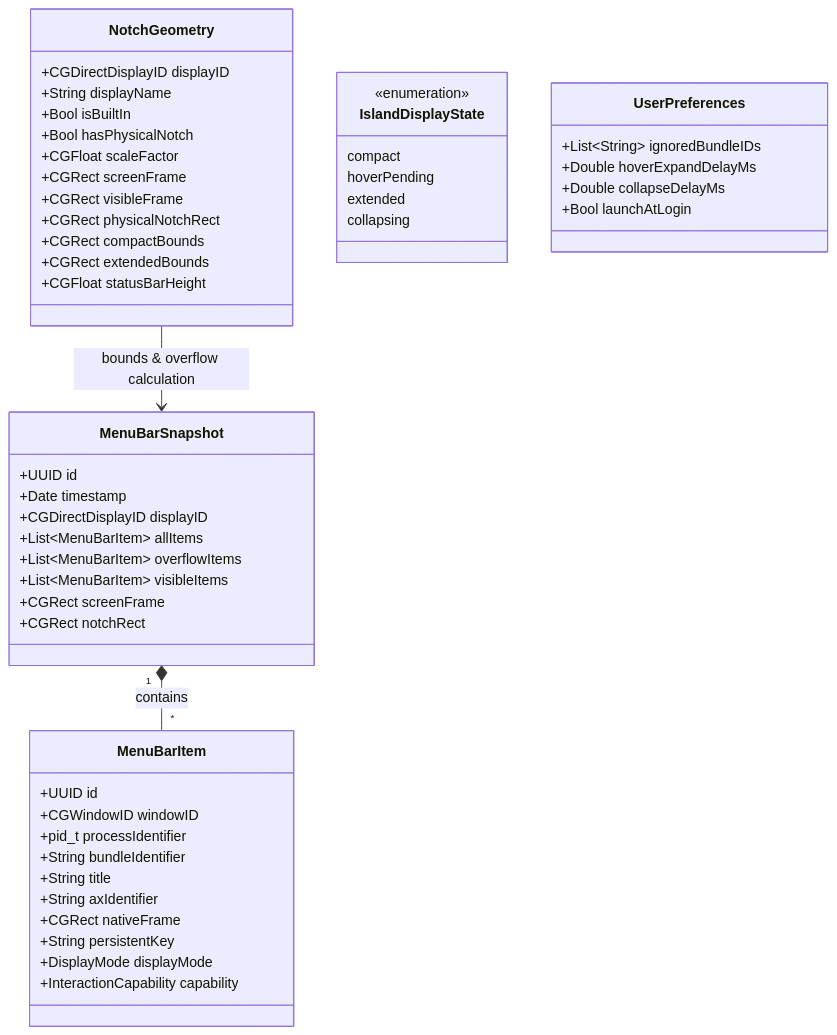
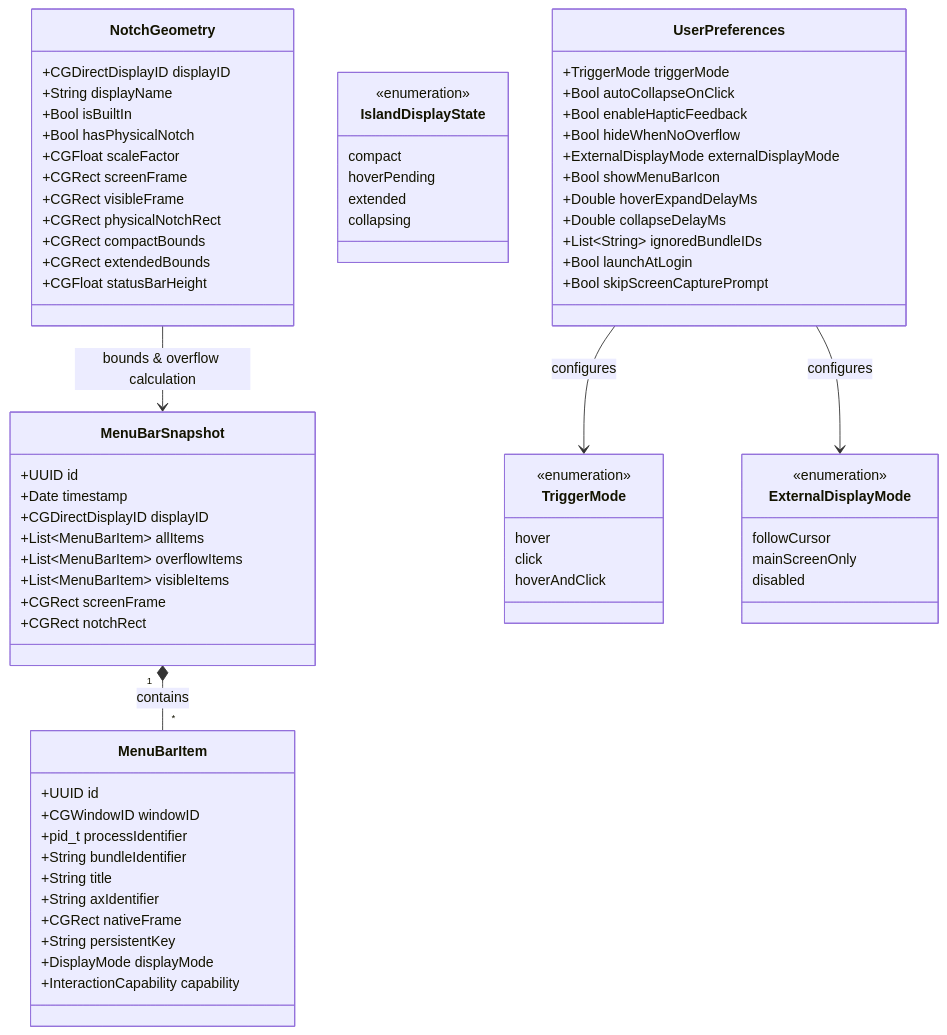
One commit to AeroSheepZ/NotchRail changed the first of 2 diagrams in docs/DOMAIN_MODEL.md. Above: the diagram before and after it, drawn with Mermaid. The commit also changed other lines of this file and 23 other files, not shown here.

````diff
--- a/docs/DOMAIN_MODEL.md
+++ b/docs/DOMAIN_MODEL.md
@@ -9,58 +9,81 @@
 ```mermaid
 classDiagram
     class MenuBarItem {
         +UUID id
         +CGWindowID windowID
         +pid_t processIdentifier
         +String bundleIdentifier
         +String title
         +String axIdentifier
         +CGRect nativeFrame
         +String persistentKey
         +DisplayMode displayMode
         +InteractionCapability capability
     }
 
     class MenuBarSnapshot {
         +UUID id
         +Date timestamp
         +CGDirectDisplayID displayID
         +List~MenuBarItem~ allItems
         +List~MenuBarItem~ overflowItems
         +List~MenuBarItem~ visibleItems
         +CGRect screenFrame
         +CGRect notchRect
     }
 
     class NotchGeometry {
         +CGDirectDisplayID displayID
         +String displayName
         +Bool isBuiltIn
         +Bool hasPhysicalNotch
         +CGFloat scaleFactor
         +CGRect screenFrame
         +CGRect visibleFrame
         +CGRect physicalNotchRect
         +CGRect compactBounds
         +CGRect extendedBounds
         +CGFloat statusBarHeight
     }
 
     class IslandDisplayState {
         <<enumeration>>
         compact
         hoverPending
         extended
         collapsing
     }
 
+    class TriggerMode {
+        <<enumeration>>
+        hover
+        click
+        hoverAndClick
+    }
+
+    class ExternalDisplayMode {
+        <<enumeration>>
+        followCursor
+        mainScreenOnly
+        disabled
+    }
+
     class UserPreferences {
-        +List~String~ ignoredBundleIDs
+        +TriggerMode triggerMode
+        +Bool autoCollapseOnClick
+        +Bool enableHapticFeedback
+        +Bool hideWhenNoOverflow
+        +ExternalDisplayMode externalDisplayMode
+        +Bool showMenuBarIcon
         +Double hoverExpandDelayMs
         +Double collapseDelayMs
+        +List~String~ ignoredBundleIDs
         +Bool launchAtLogin
+        +Bool skipScreenCapturePrompt
     }
 
     MenuBarSnapshot "1" *-- "*" MenuBarItem : contains
     NotchGeometry --> MenuBarSnapshot : bounds & overflow calculation
+    UserPreferences --> TriggerMode : configures
+    UserPreferences --> ExternalDisplayMode : configures
 ```
````
